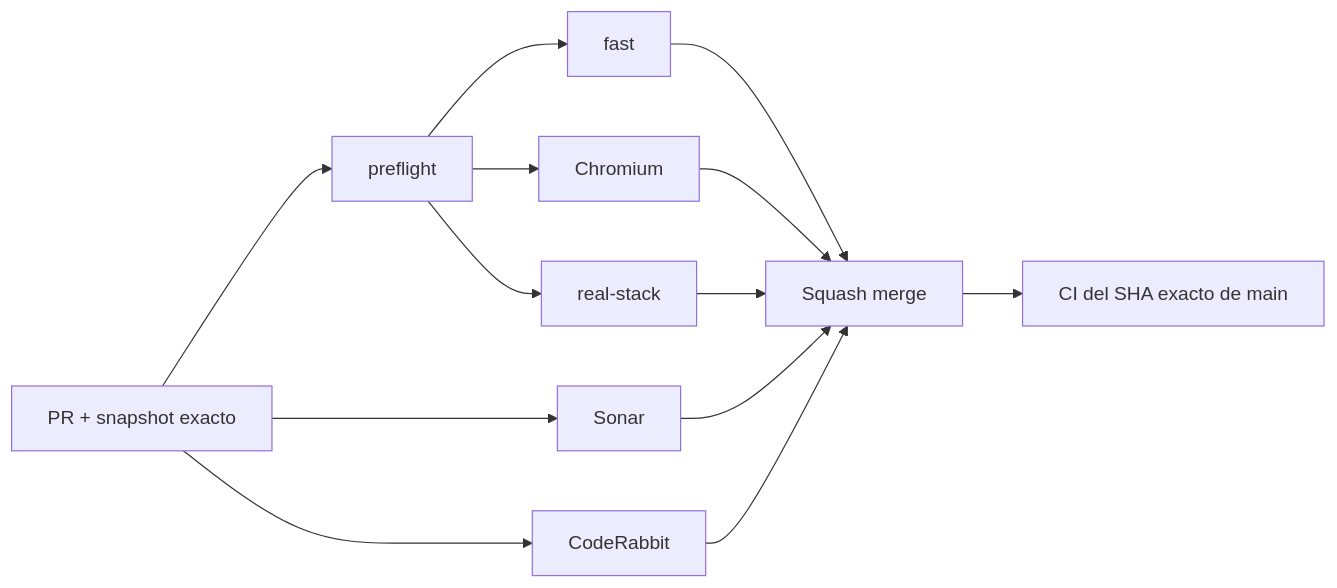
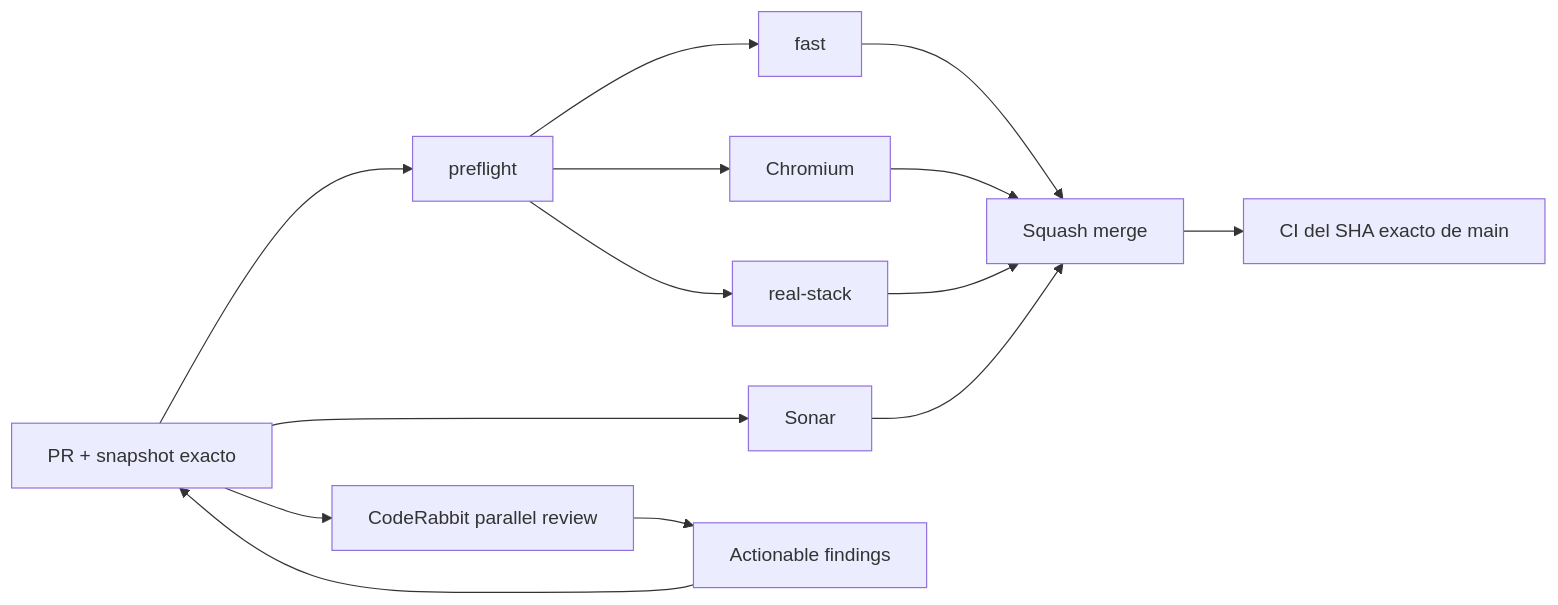
Before and after one commit to pl0n3r/brvtal: the diagram in README.md, drawn with Mermaid. The commit also changed other lines of this file and 2 other files, not shown here.

````diff
--- a/README.md
+++ b/README.md
@@ -49,15 +49,16 @@
 ```mermaid
 flowchart LR
  A["PR + snapshot exacto"] --> P["preflight"]
  P --> F["fast"]
  P --> B["Chromium"]
  P --> R["real-stack"]
  A --> S["Sonar"]
- A --> C["CodeRabbit"]
+ A --> C["CodeRabbit parallel review"]
+ C --> K["Actionable findings"]
+ K --> A
  F --> M["Squash merge"]
  B --> M
  R --> M
  S --> M
- C --> M
  M --> X["CI del SHA exacto de main"]
 ```
````
